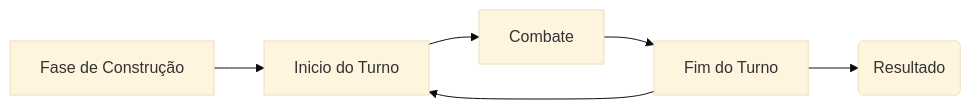
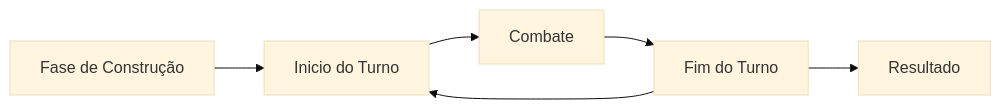
One commit to WilckerK/rewbs-old changed the diagram in README.md. Above: the diagram before and after it, drawn with Mermaid (base theme). The commit also changed other lines of this file, not shown here.

````diff
--- a/README.md
+++ b/README.md
@@ -85,8 +87,8 @@
 ```mermaid
 graph LR
 Z[Fase de Construção] --> A
 A[Inicio do Turno] --> B[Combate]
 B --> C[Fim do Turno]
-C --> D(Resultado)
+C --> D[Resultado]
 C --> A
 ```
````
